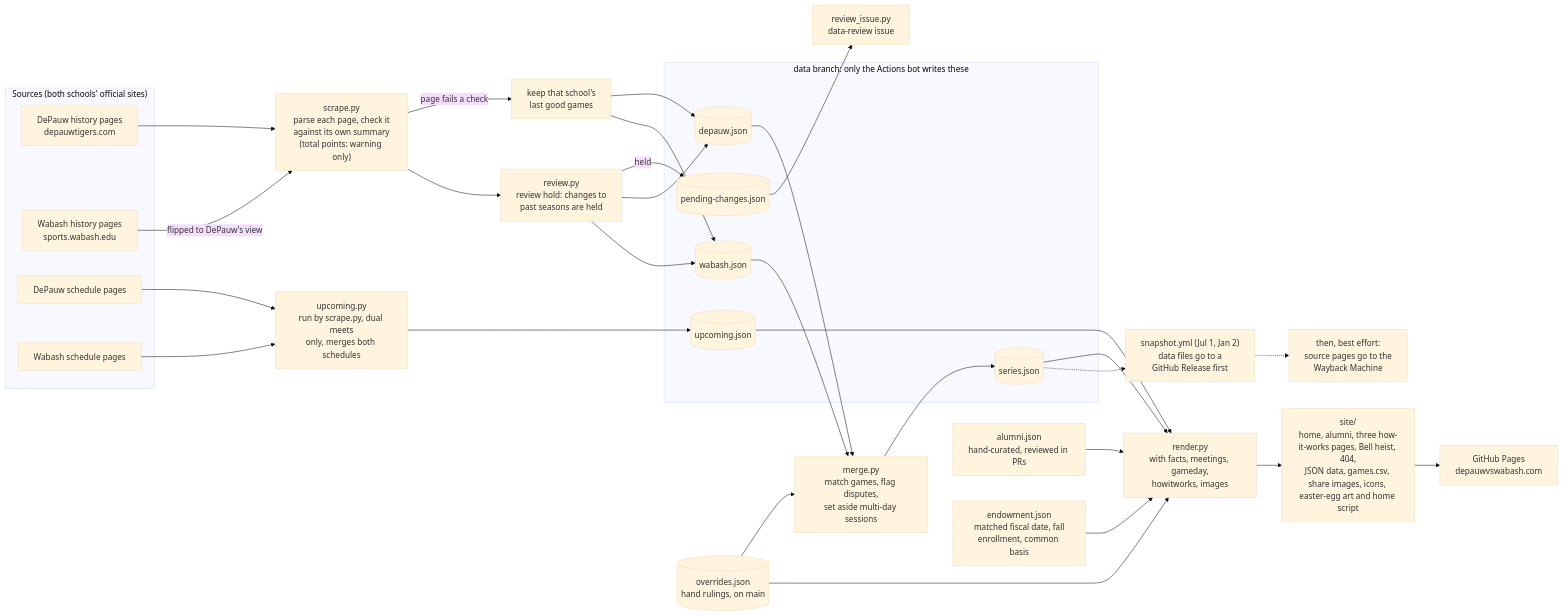
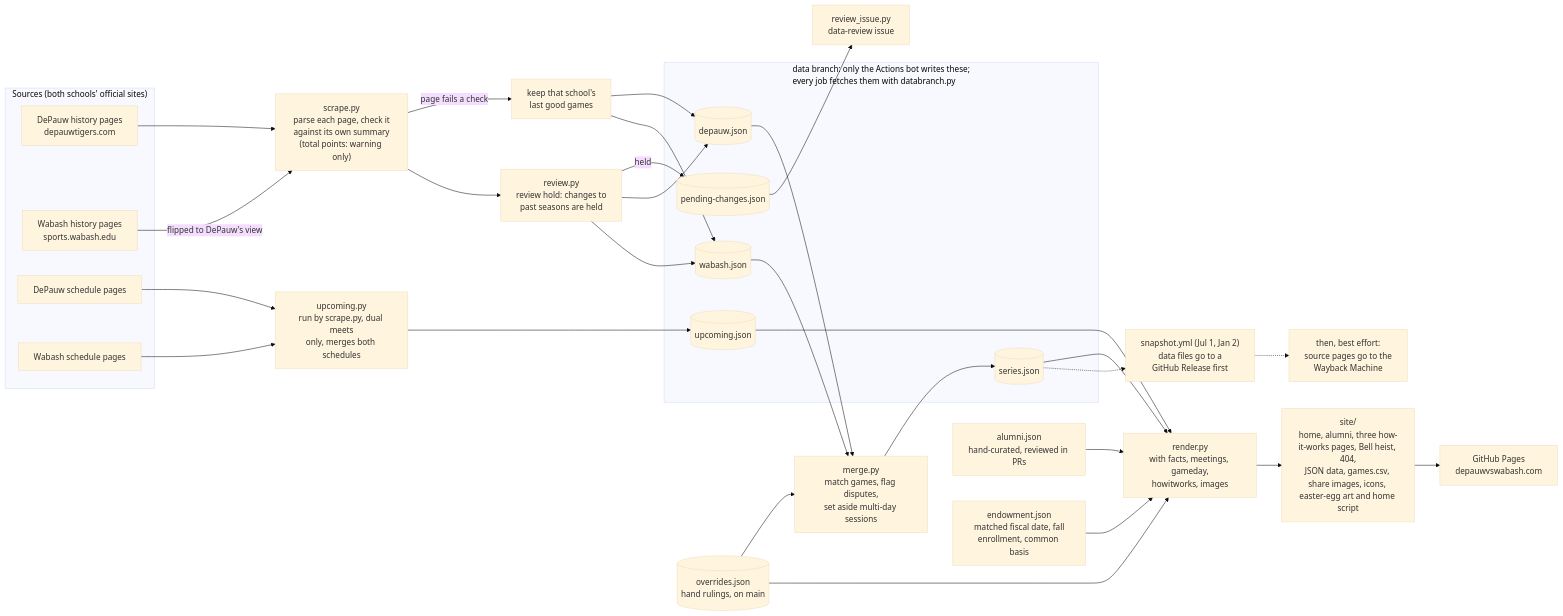
Before and after one commit to jacksonmote/DePauw-vs-Wabash-web: the first of 3 diagrams in README.md, drawn with Mermaid (base theme). The commit also changed other lines of this file and 3 other files, not shown here.

First line of the commit message:
Fix stale contributor instructions and diagram labels after the data branch

````diff
--- a/README.md
+++ b/README.md
@@ -79,43 +79,43 @@
 ```mermaid
 flowchart LR
   subgraph SRC["Sources (both schools' official sites)"]
     DH["DePauw history pages<br/>depauwtigers.com"]
     WH["Wabash history pages<br/>sports.wabash.edu"]
     DS["DePauw schedule pages"]
     WS["Wabash schedule pages"]
   end
 
   DH --> P["scrape.py<br/>parse each page, check it<br/>against its own summary<br/>(total points: warning only)"]
   WH -- "flipped to DePauw's view" --> P
   P -- "page fails a check" --> K["keep that school's<br/>last good games"]
   P --> R["review.py<br/>review hold: changes to<br/>past seasons are held"]
   R -- "held" --> PC[("pending-changes.json")]
   PC --> RI["review_issue.py<br/>data-review issue"]
   R --> DJ[("depauw.json")]
   R --> WJ[("wabash.json")]
   K --> DJ
   K --> WJ
   DJ --> M["merge.py<br/>match games, flag disputes,<br/>set aside multi-day sessions"]
   WJ --> M
   OV[("overrides.json<br/>hand rulings, on main")] --> M
   M --> SJ[("series.json")]
   DS --> U["upcoming.py<br/>run by scrape.py, dual meets<br/>only, merges both schedules"]
   WS --> U
   U --> UJ[("upcoming.json")]
   SJ --> RN["render.py<br/>with facts, meetings, gameday,<br/>howitworks, images"]
   AL["alumni.json<br/>hand-curated, reviewed in PRs"] --> RN
   EN["endowment.json<br/>matched fiscal date, fall<br/>enrollment, common basis"] --> RN
   UJ --> RN
   OV --> RN
   RN --> SITE["site/<br/>home, alumni, three how-it-works pages, Bell heist, 404,<br/>JSON data, games.csv, share images, icons, easter-egg art and home script"]
   SITE --> GP["GitHub Pages<br/>depauwvswabash.com"]
   SJ -.-> SN["snapshot.yml (Jul 1, Jan 2)<br/>data files go to a<br/>GitHub Release first"]
   SN -.-> WB["then, best effort:<br/>source pages go to the<br/>Wayback Machine"]
-  subgraph DB["data branch: only the Actions bot writes these"]
+  subgraph DB["data branch: only the Actions bot writes these;<br/>every job fetches them with databranch.py"]
     PC
     DJ
     WJ
     SJ
     UJ
   end
 ```
````
